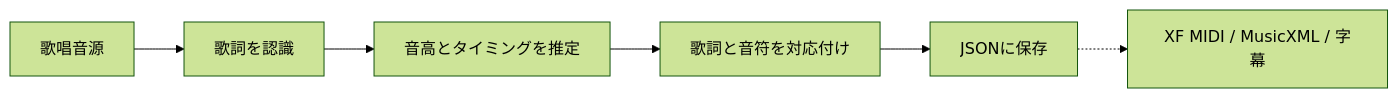
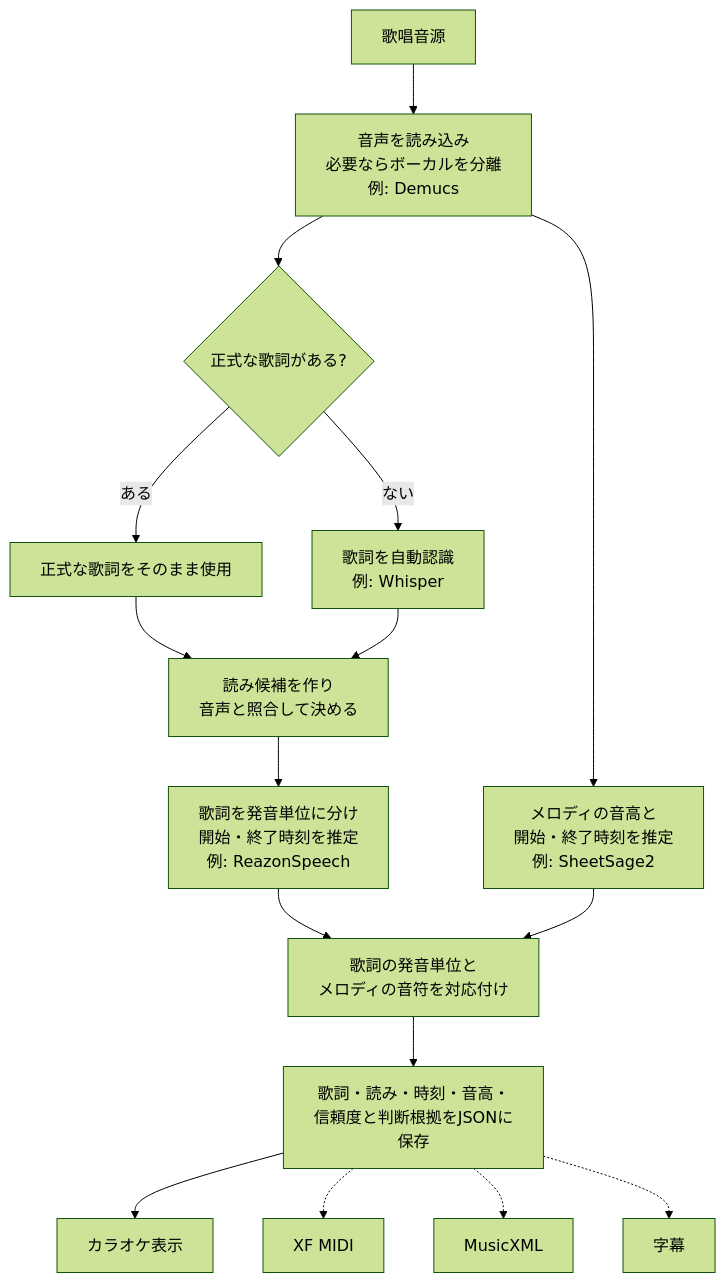
Before and after one commit to jiroshimaya/soramimic-score: the diagram in README.md, drawn with Mermaid (forest theme). The commit also changed other lines of this file, not shown here.

Commit message:
処理パイプライン図を詳しくする (#7)

````diff
--- a/README.md
+++ b/README.md
@@ -10,8 +10,21 @@
 ```mermaid
-flowchart LR
-    A["歌唱音源"] --> B["歌詞を認識"]
-    B --> C["音高とタイミングを推定"]
-    C --> D["歌詞と音符を対応付け"]
-    D --> E["JSONに保存"]
-    E -.-> F["XF MIDI / MusicXML / 字幕"]
+flowchart TD
+    A["歌唱音源"] --> B["音声を読み込み<br/>必要ならボーカルを分離<br/>例: Demucs"]
+    B --> C{"正式な歌詞がある?"}
+    C -- ある --> D["正式な歌詞をそのまま使用"]
+    C -- ない --> E["歌詞を自動認識<br/>例: Whisper"]
+
+    D --> F["読み候補を作り<br/>音声と照合して決める"]
+    E --> F
+    F --> G["歌詞を発音単位に分け<br/>開始・終了時刻を推定<br/>例: ReazonSpeech"]
+
+    B --> H["メロディの音高と<br/>開始・終了時刻を推定<br/>例: SheetSage2"]
+    G --> I["歌詞の発音単位と<br/>メロディの音符を対応付け"]
+    H --> I
+
+    I --> J["歌詞・読み・時刻・音高・<br/>信頼度と判断根拠をJSONに保存"]
+    J --> K["カラオケ表示"]
+    J -.-> L["XF MIDI"]
+    J -.-> M["MusicXML"]
+    J -.-> N["字幕"]
 ```
````
